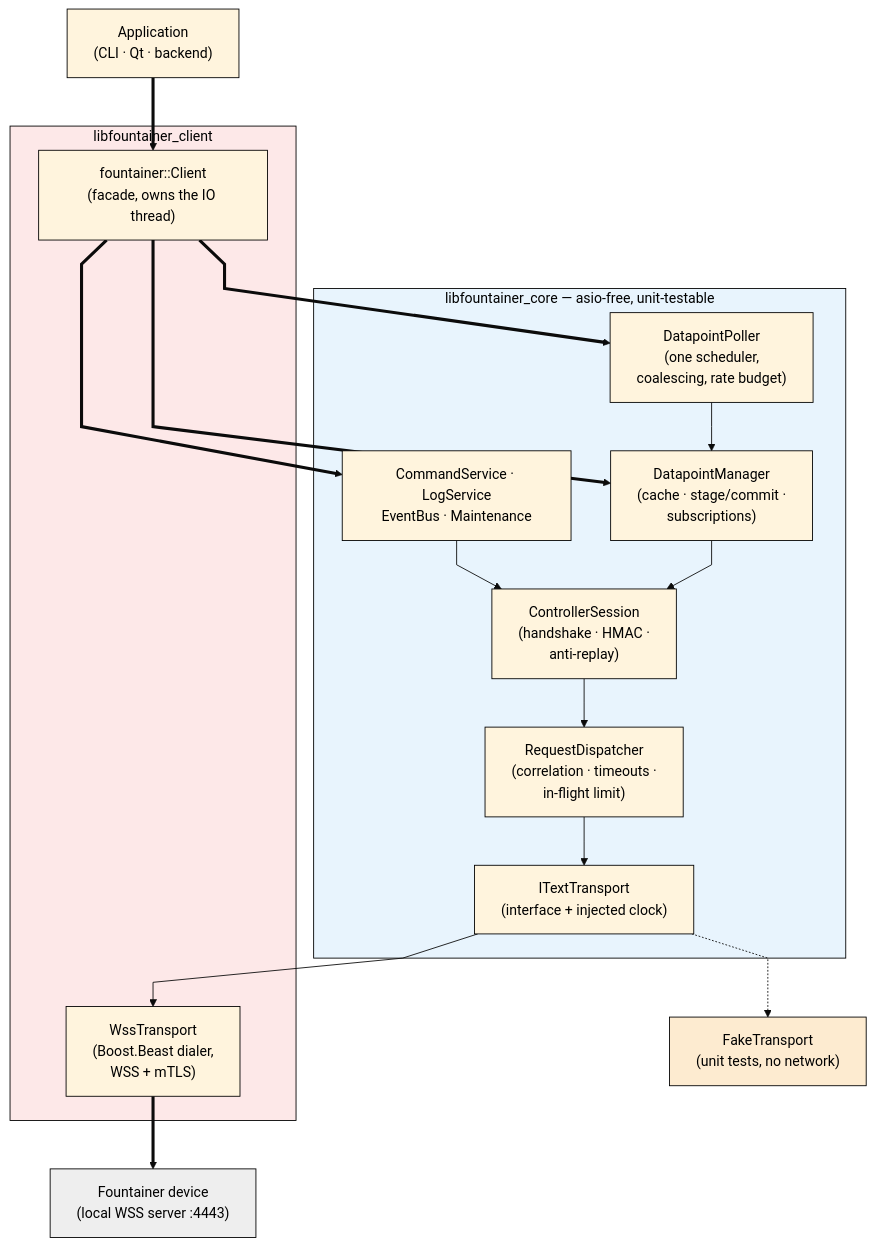
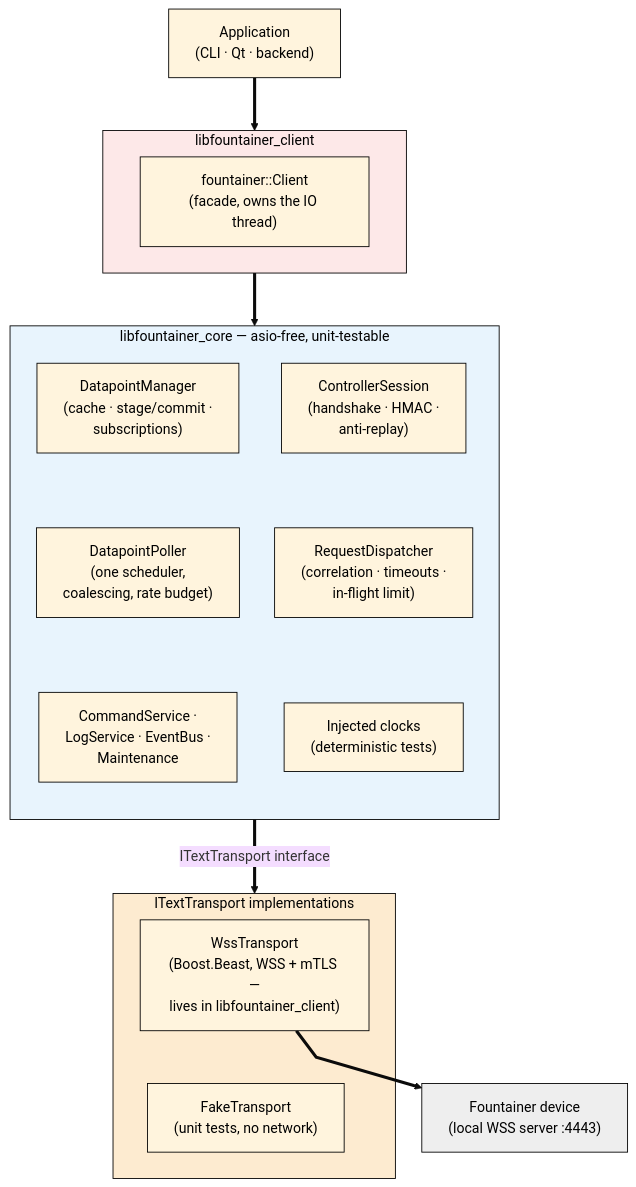
The first of 3 diagrams in README.md (Melowsyne/fountainer_client_framework), drawn with Mermaid (base theme) before and after one commit. The commit also changed other lines of this file, not shown here.

Commit message:
Clean up architecture diagram layout (stacked layers, no crossing edges)

````diff
--- a/README.md
+++ b/README.md
@@ -92,40 +92,41 @@
 ```mermaid
-%%{init: {"flowchart": {"curve": "linear", "rankSpacing": 55, "nodeSpacing": 45}}}%%
+%%{init: {"flowchart": {"curve": "linear", "rankSpacing": 60, "nodeSpacing": 40}}}%%
 flowchart TB
     APP["Application<br/>(CLI · Qt · backend)"]
 
     subgraph LC["libfountainer_client"]
         CLIENT["fountainer::Client<br/>(facade, owns the IO thread)"]
-        WSST["WssTransport<br/>(Boost.Beast dialer,<br/>WSS + mTLS)"]
     end
 
     subgraph CORE["libfountainer_core — asio-free, unit-testable"]
+        direction TB
         MGR["DatapointManager<br/>(cache · stage/commit ·<br/>subscriptions)"]
         POLL["DatapointPoller<br/>(one scheduler,<br/>coalescing, rate budget)"]
-        SVC["CommandService · LogService<br/>EventBus · Maintenance"]
+        SVC["CommandService ·<br/>LogService · EventBus ·<br/>Maintenance"]
         SESS["ControllerSession<br/>(handshake · HMAC ·<br/>anti-replay)"]
         DISP["RequestDispatcher<br/>(correlation · timeouts ·<br/>in-flight limit)"]
-        ITT["ITextTransport<br/>(interface + injected clock)"]
+        CLK["Injected clocks<br/>(deterministic tests)"]
+        MGR ~~~ POLL ~~~ SVC
+        SESS ~~~ DISP ~~~ CLK
     end
 
-    FAKE["FakeTransport<br/>(unit tests, no network)"]
+    subgraph TR["ITextTransport implementations"]
+        WSST["WssTransport<br/>(Boost.Beast, WSS + mTLS —<br/>lives in libfountainer_client)"]
+        FAKE["FakeTransport<br/>(unit tests, no network)"]
+        WSST ~~~ FAKE
+    end
+
     DEV["Fountainer device<br/>(local WSS server :4443)"]
 
-    APP ==> CLIENT
-    CLIENT ==> MGR & POLL & SVC
-    POLL --> MGR
-    MGR --> SESS
-    SVC --> SESS
-    SESS --> DISP
-    DISP --> ITT
-    ITT --> WSST
-    ITT -.-> FAKE
+    APP ==> LC
+    LC ==> CORE
+    CORE ==>|"ITextTransport interface"| TR
     WSST ==> DEV
 
     classDef blackbox stroke:#000,color:#000
-    class APP,CLIENT,WSST,MGR,POLL,SVC,SESS,DISP,ITT,FAKE,DEV blackbox
+    class APP,CLIENT,MGR,POLL,SVC,SESS,DISP,CLK,WSST,FAKE,DEV blackbox
     style LC fill:#fde8e8,stroke:#000,color:#000
     style CORE fill:#e8f4fd,stroke:#000,color:#000
-    style FAKE fill:#fdebd0,stroke:#000,color:#000
+    style TR fill:#fdebd0,stroke:#000,color:#000
     style DEV fill:#eee,stroke:#000,color:#000
 ```
````
